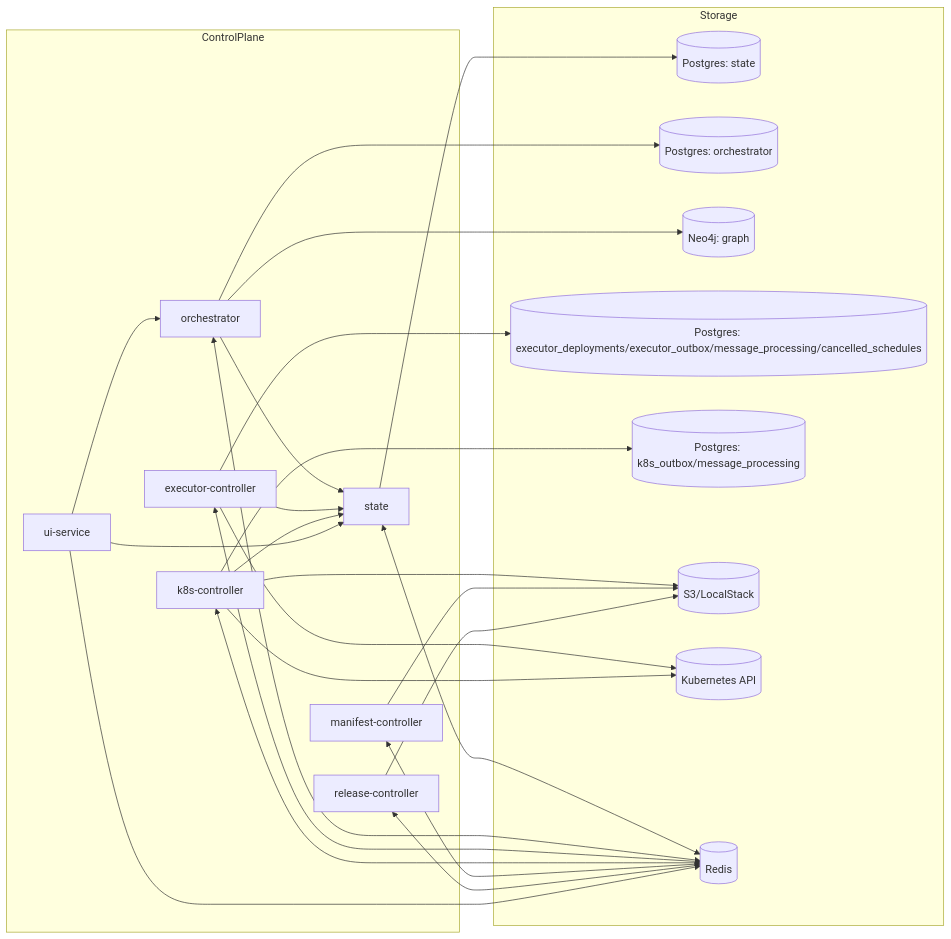
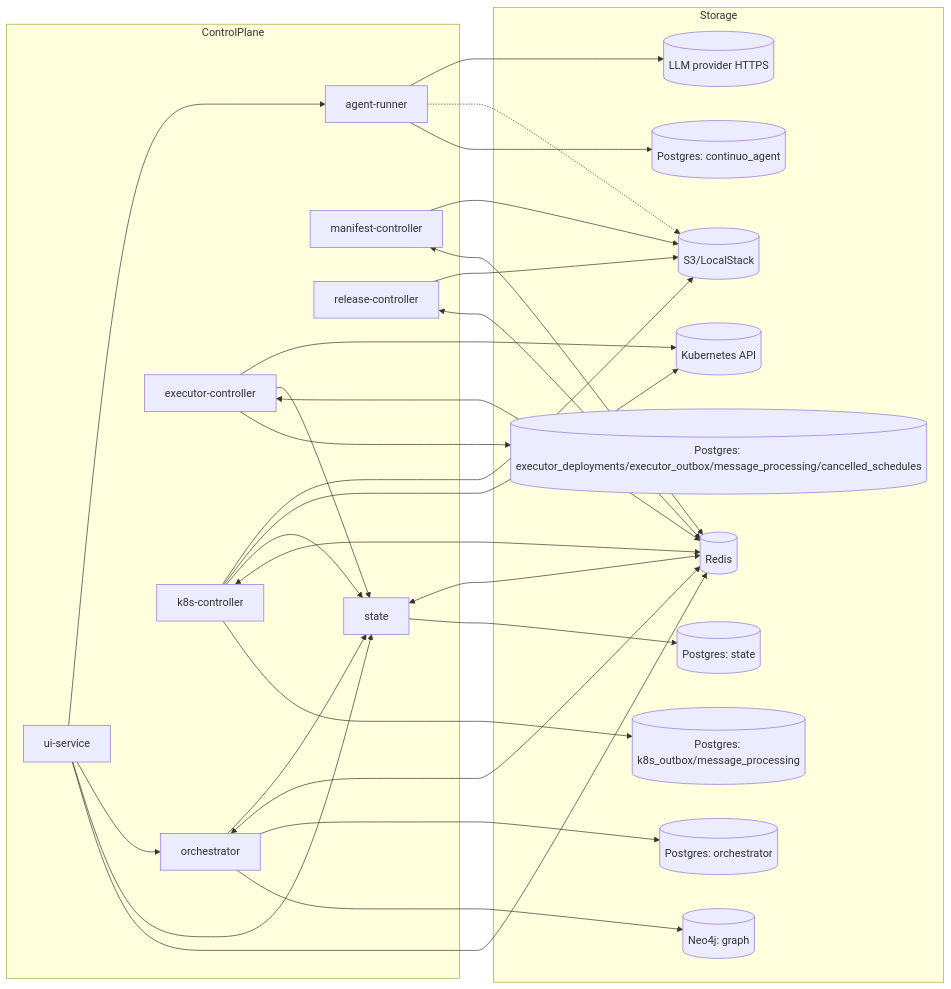
The first of 2 diagrams in docs/arch/01-topology.md (carolsimone/continuo), drawn with Mermaid before and after one commit. The commit also changed other lines of this file and 99 other files, not shown here.

First line of the commit message:
feat(agent-runner): provider-agnostic LLM chat service (no-shell tools, trigger-confirm) (#162)

````diff
--- a/docs/arch/01-topology.md
+++ b/docs/arch/01-topology.md
@@ -5,49 +5,56 @@
 ```mermaid
 flowchart LR
   subgraph ControlPlane
     ST[state]
     OR[orchestrator]
     EC[executor-controller]
     KC[k8s-controller]
     MC[manifest-controller]
     RC[release-controller]
     UI[ui-service]
+    AR[agent-runner]
   end
 
   subgraph Storage
     STDB[(Postgres: state)]
     ORPG[(Postgres: orchestrator)]
     GRDB[(Neo4j: graph)]
     ECPG[(Postgres: executor_deployments/executor_outbox/message_processing/cancelled_schedules)]
     KCPG[(Postgres: k8s_outbox/message_processing)]
+    AGPG[(Postgres: continuo_agent)]
     S3[(S3/LocalStack)]
     K8S[(Kubernetes API)]
     R[(Redis)]
+    LLM[(LLM provider HTTPS)]
   end
 
   ST --> STDB
   OR --> GRDB
   OR --> ORPG
   EC --> ECPG
   KC --> KCPG
+  AR --> AGPG
 
   ST <--> R
   OR <--> R
   EC <--> R
   KC <--> R
   MC <--> R
   RC <--> R
   UI --> R
 
   OR --> ST
   EC --> ST
   KC --> ST
   UI --> ST
   UI --> OR
+  UI --> AR
 
   EC --> K8S
   KC --> K8S
   KC --> S3
   MC --> S3
   RC --> S3
+  AR -.-> S3
+  AR --> LLM
 ```
````
